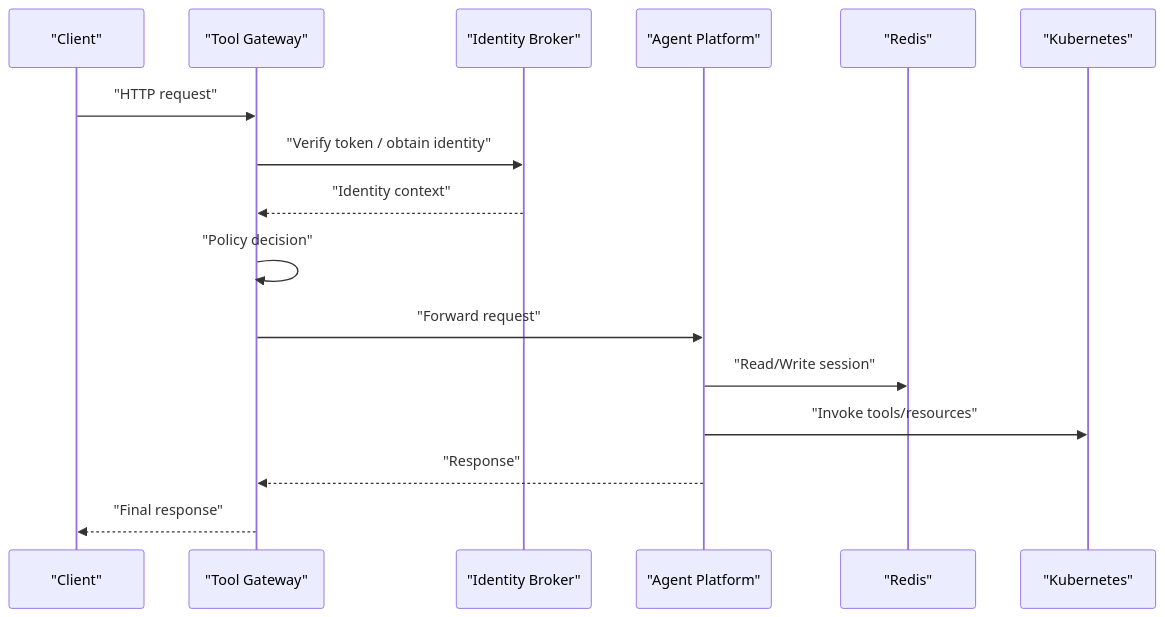
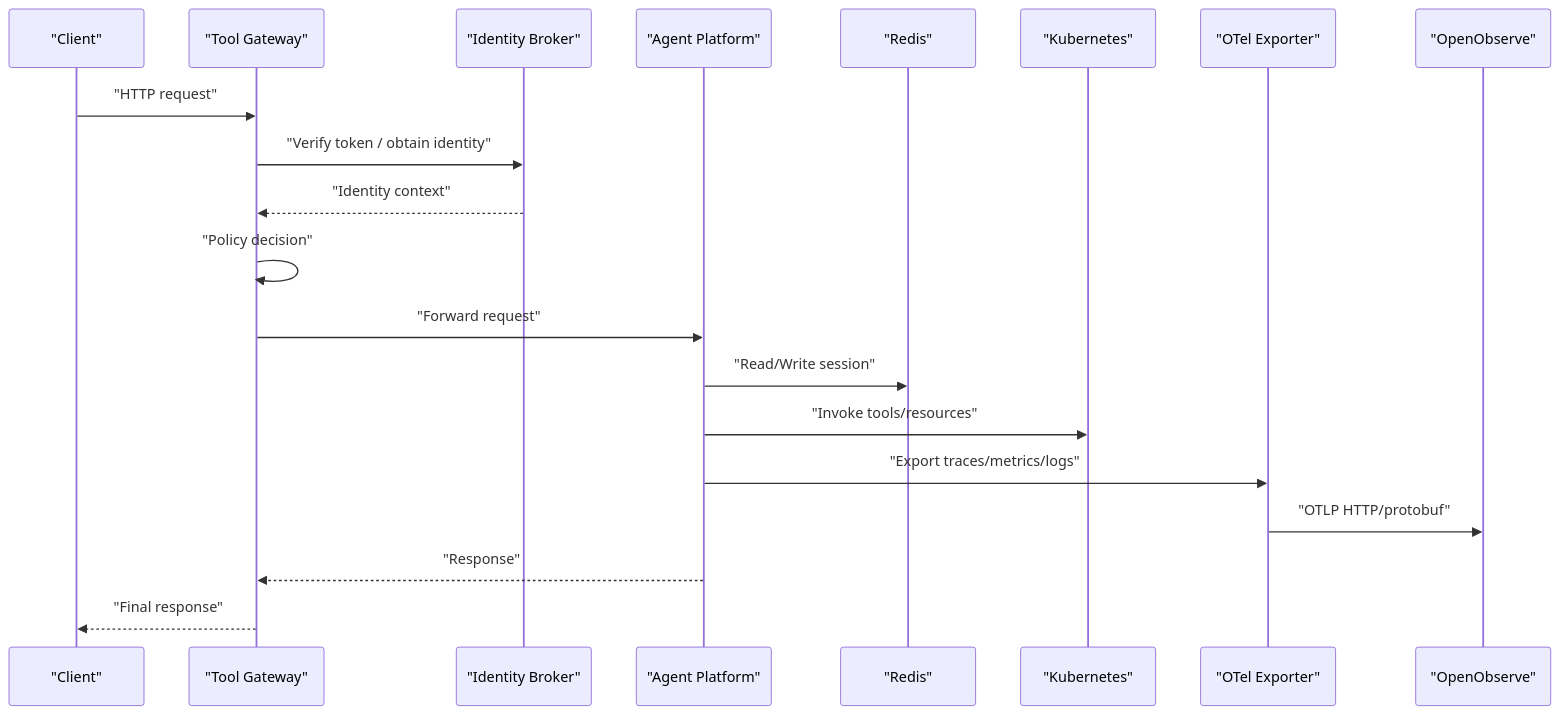
Before and after one commit to metasync/luban-aiops: the second of 3 diagrams in .qoder/repowiki/en/content/Troubleshooting and FAQ.md, drawn with Mermaid. The commit also changed other lines of this file and 71 other files, not shown here.

Commit message:
docs: refresh repowiki knowledge cache after OpenObserve telemetry enablement

````diff
--- a/.qoder/repowiki/en/content/Troubleshooting and FAQ.md
+++ b/.qoder/repowiki/en/content/Troubleshooting and FAQ.md
@@ -111,18 +130,22 @@
 ```mermaid
 sequenceDiagram
 participant Client as "Client"
 participant Gateway as "Tool Gateway"
 participant Auth as "Identity Broker"
 participant Agent as "Agent Platform"
 participant Store as "Redis"
 participant K8S as "Kubernetes"
+participant Otel as "OTel Exporter"
+participant Observe as "OpenObserve"
 Client->>Gateway : "HTTP request"
 Gateway->>Auth : "Verify token / obtain identity"
 Auth-->>Gateway : "Identity context"
 Gateway->>Gateway : "Policy decision"
 Gateway->>Agent : "Forward request"
 Agent->>Store : "Read/Write session"
 Agent->>K8S : "Invoke tools/resources"
+Agent->>Otel : "Export traces/metrics/logs"
+Otel->>Observe : "OTLP HTTP/protobuf"
 Agent-->>Gateway : "Response"
 Gateway-->>Client : "Final response"
 ```
````
